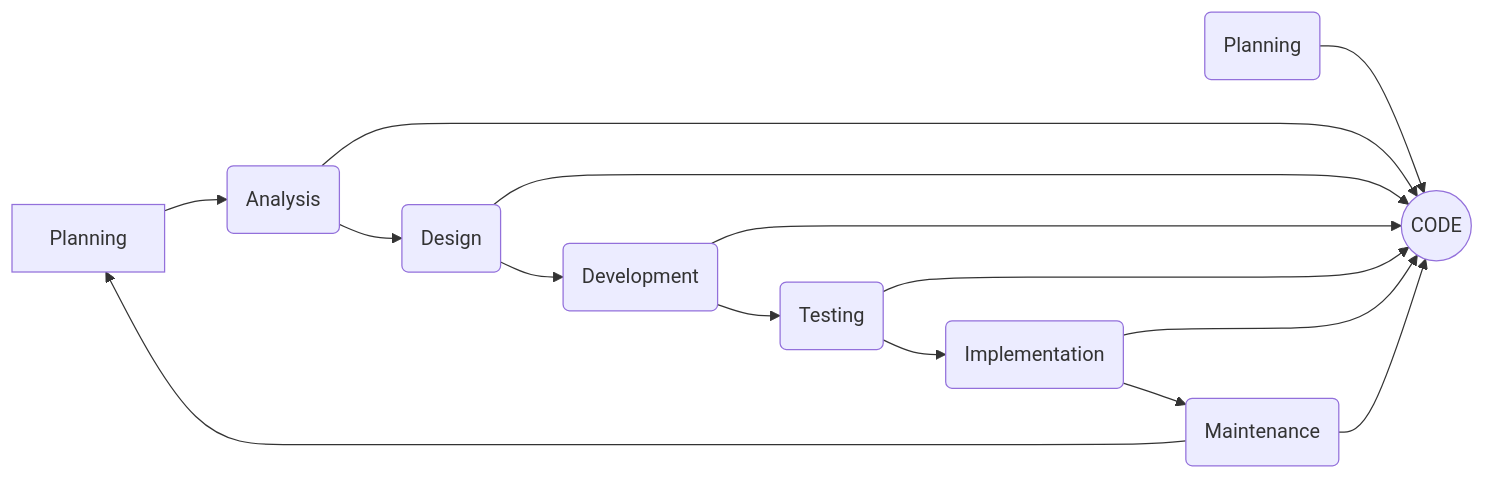
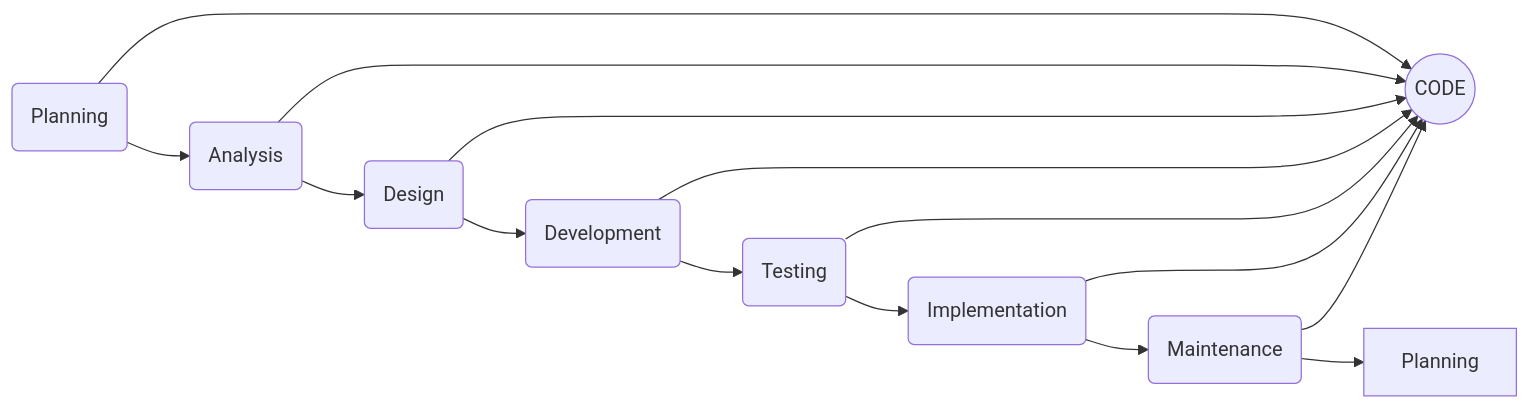
The first of 2 diagrams in AlexMcCombie-Coder-README.md (alex-mccombie/resume_readme), drawn with Mermaid before and after one commit.

````diff
--- a/AlexMcCombie-Coder-README.md
+++ b/AlexMcCombie-Coder-README.md
@@ -281,19 +281,19 @@
 ```mermaid
   graph LR;
   	classDef BLUE fill:#9f6,stroke:#333,stoke-width:2px;
 	class ro BLUE
       ro(Planning)-->code((CODE));
-      Planning-->Analysis;
+      ro(Planning)-->Analysis;
       Analysis(Analysis)-->code;
       Analysis-->Design;
       Design(Design)-->code;
       Design-->Development;
       Development(Development)-->code;
       Development-->Testing;
       Testing(Testing)-->code;
       Testing-->Implementation;
       Implementation(Implementation)-->code;
       Implementation-->Maintenance;
       Maintenance(Maintenance)-->code;
       Maintenance-->Planning;
 ```
````
